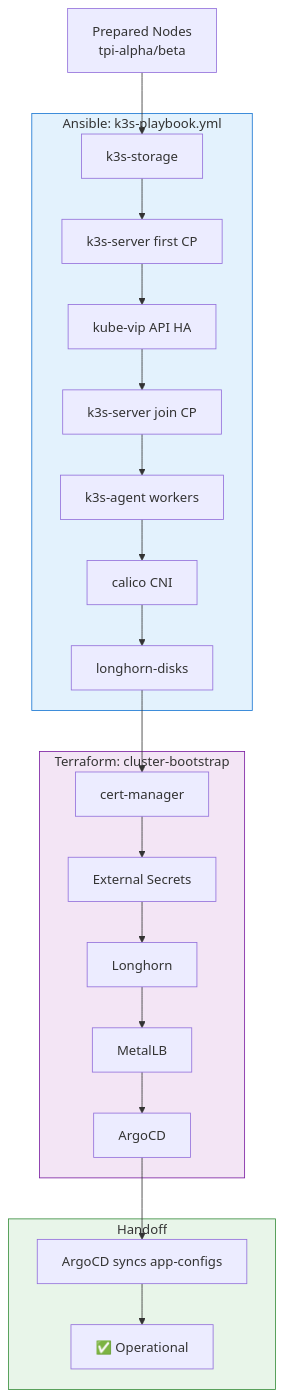
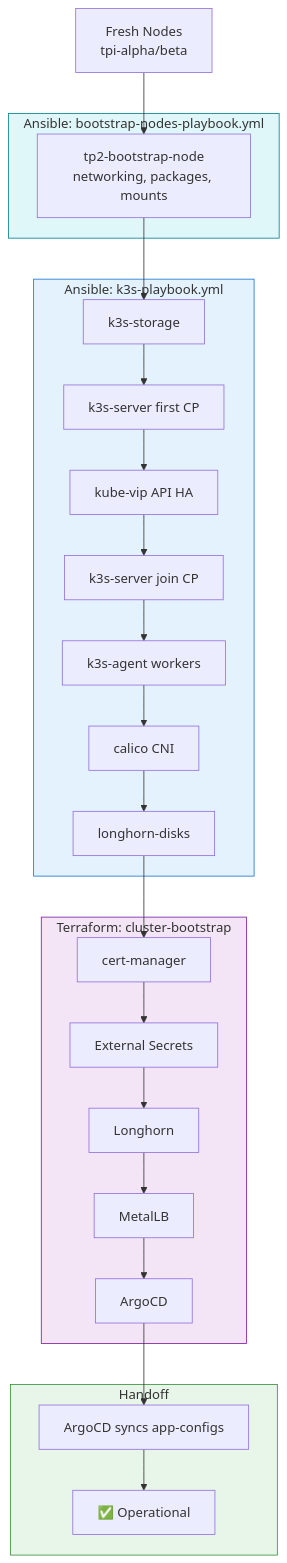
Before and after one commit to fzymgc-house/selfhosted-cluster: the first of 3 diagrams in README.md, drawn with Mermaid.

Commit message:
docs: add bootstrap-nodes-playbook to bootstrap diagram
Include the initial node preparation step that runs before k3s-playbook.yml.

🤖 Generated with [Claude Code](https://claude.com/claude-code)

````diff
--- a/README.md
+++ b/README.md
@@ -24,32 +24,39 @@
 ```mermaid
 flowchart TD
-    N[Prepared Nodes<br/>tpi-alpha/beta] --> A1
+    N[Fresh Nodes<br/>tpi-alpha/beta] --> B1
+
+    subgraph Bootstrap["Ansible: bootstrap-nodes-playbook.yml"]
+        B1[tp2-bootstrap-node<br/>networking, packages, mounts]
+    end
+
+    B1 --> A1
 
     subgraph Ansible["Ansible: k3s-playbook.yml"]
         A1[k3s-storage] --> A2[k3s-server first CP]
         A2 --> A3[kube-vip API HA]
         A3 --> A4[k3s-server join CP]
         A4 --> A5[k3s-agent workers]
         A5 --> A6[calico CNI]
         A6 --> A7[longhorn-disks]
     end
 
     A7 --> T1
 
     subgraph Terraform["Terraform: cluster-bootstrap"]
         T1[cert-manager] --> T2[External Secrets]
         T2 --> T3[Longhorn]
         T3 --> T4[MetalLB]
         T4 --> T5[ArgoCD]
     end
 
     T5 --> G1
 
     subgraph GitOps["Handoff"]
         G1[ArgoCD syncs app-configs] --> G2[✅ Operational]
     end
 
+    style Bootstrap fill:#e0f7fa,stroke:#00838f
     style Ansible fill:#e3f2fd,stroke:#1976d2
     style Terraform fill:#f3e5f5,stroke:#7b1fa2
     style GitOps fill:#e8f5e9,stroke:#388e3c
 ```
````
